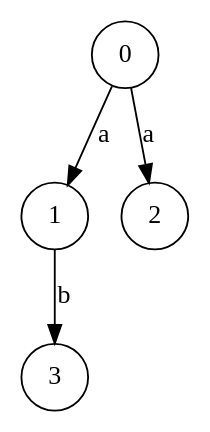
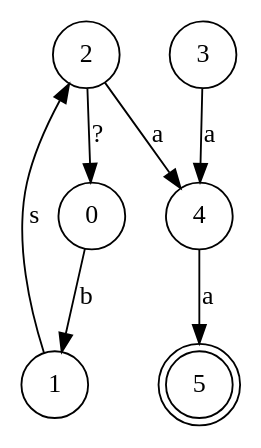
Before and after one commit to BilelAvans/FormMeth: the diagram in Storage/JPEG/test.gv, drawn with Graphviz. The commit also changed 23 other files, not shown here.

```diff
--- a/Storage/JPEG/test.gv
+++ b/Storage/JPEG/test.gv
@@ -1,6 +1,9 @@
 digraph { 
-node [shape = doublecircle]; node [shape = circle]; 
-0 -> 1 [ label="a", weigth="0.6"]; 
-0 -> 2 [ label="a", weigth="0.6"]; 
-1 -> 3 [ label="b", weigth="0.6"]; 
+node [shape = doublecircle]; 5 node [shape = circle]; 
+0 -> 1 [ label="b", weigth="0.6"]; 
+1 -> 2 [ label="s", weigth="0.6"]; 
+2 -> 0 [ label="?", weigth="0.6"]; 
+2 -> 4 [ label="a", weigth="0.6"]; 
+3 -> 4 [ label="a", weigth="0.6"]; 
+4 -> 5 [ label="a", weigth="0.6"]; 
 }
```
